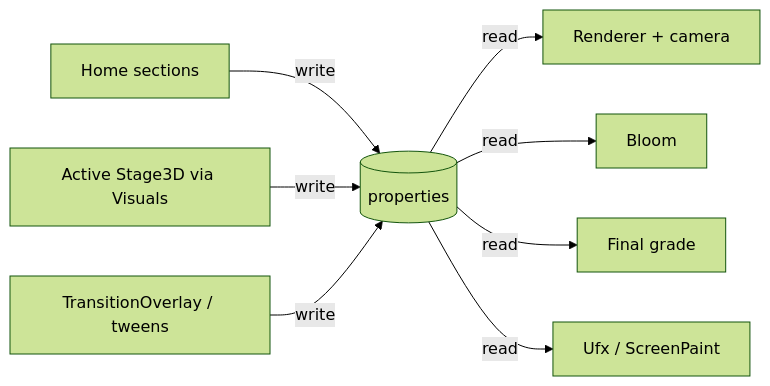
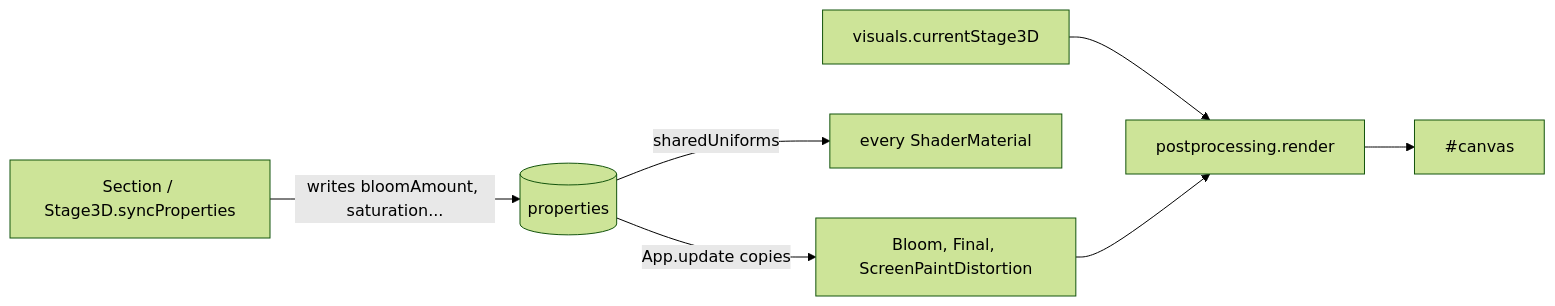
One commit to shifatmasud/lusion-decoded changed the fourth of 6 diagrams in handbook/11_system_architecture_plan_and_conceptual_model.md. Above: the diagram before and after it, drawn with Mermaid (forest theme). The commit also changed other lines of this file and 25 other files, not shown here.

First line of the commit message:
Sync handbook chapters with current Notion (Frontend Handbook)

````diff
--- a/handbook/11_system_architecture_plan_and_conceptual_model.md
+++ b/handbook/11_system_architecture_plan_and_conceptual_model.md
@@ -172,10 +153,9 @@
 ```mermaid
 flowchart LR
-  S1["Home sections"] -- write --> P[("properties")]
-  S2["Active Stage3D via Visuals"] -- write --> P
-  T["TransitionOverlay / tweens"] -- write --> P
-  P -- read --> R["Renderer + camera"]
-  P -- read --> B["Bloom"]
-  P -- read --> F["Final grade"]
-  P -- read --> U["Ufx / ScreenPaint"]
+  SEC["Section / Stage3D.syncProperties"] -->|"writes bloomAmount, saturation..."| P[(properties)]
+  P -->|"App.update copies"| FX["Bloom, Final, ScreenPaintDistortion"]
+  P -->|"sharedUniforms"| MAT["every ShaderMaterial"]
+  ST["visuals.currentStage3D"] --> PP["postprocessing.render"]
+  FX --> PP
+  PP --> CV["#canvas"]
 ```
````
